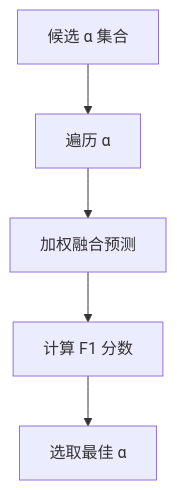
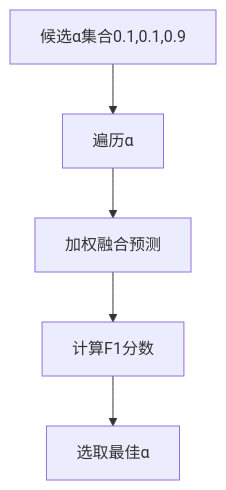
The ninth of 12 diagrams in machine_learning/ensemble_learning/docs/基于Stacking和加权融合的多层集成学习方案.md (zsh003/maltack), drawn with Mermaid before and after one commit. The commit also changed other lines of this file and 2 other files, not shown here.

````diff
--- a/machine_learning/ensemble_learning/docs/基于Stacking和加权融合的多层集成学习方案.md
+++ b/machine_learning/ensemble_learning/docs/基于Stacking和加权融合的多层集成学习方案.md
@@ -140,7 +143,7 @@
 ```mermaid
 flowchart TD
-  Alphas[候选 α 集合] --> ForEach[遍历 α]
+  Alphas[候选α集合0.1,0.1,0.9] --> ForEach[遍历α]
   ForEach --> FusionCalc[加权融合预测]
-  FusionCalc --> EvalF1[计算 F1 分数]
-  EvalF1 --> SelectBest[选取最佳 α]
+  FusionCalc --> EvalF1[计算F1分数]
+  EvalF1 --> SelectBest[选取最佳α]
 ```
````
